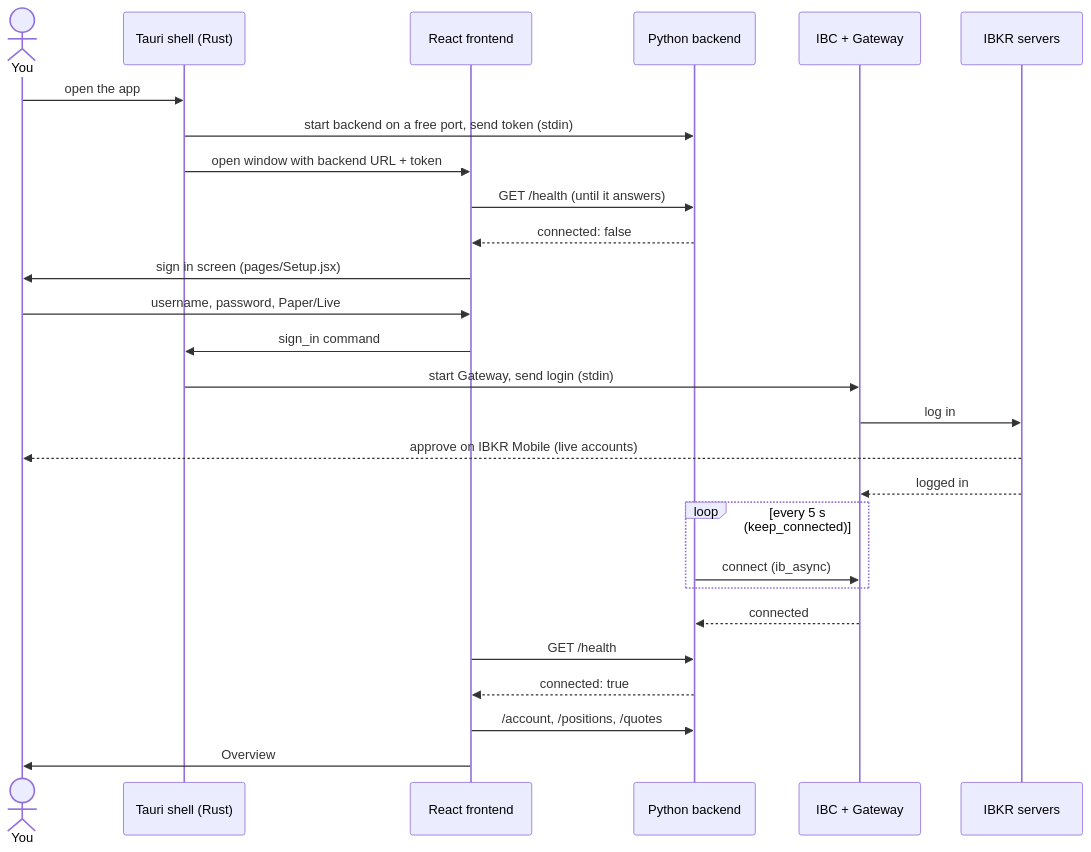
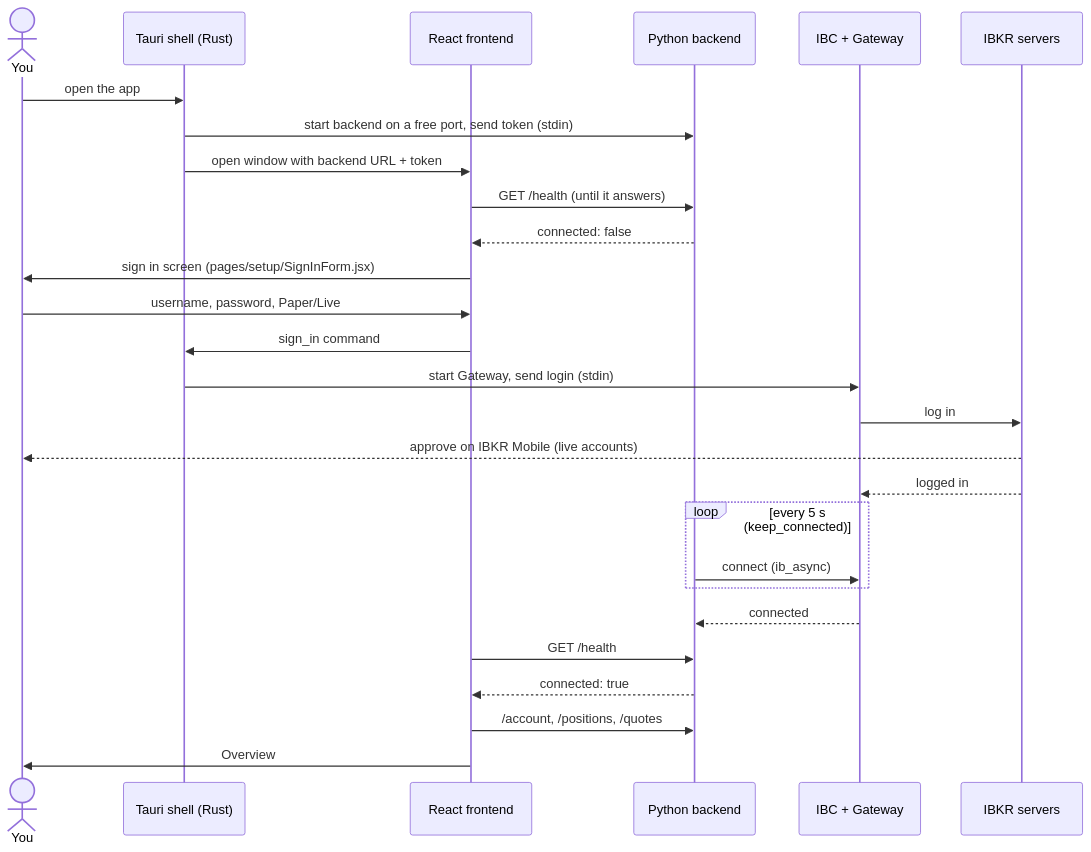
Before and after one commit to Indomie-glitch/ibkr-portfolio-manager: the sixth of 11 diagrams in docs/architecture.md, drawn with Mermaid. The commit also changed other lines of this file and 11 other files, not shown here.

Commit message:
refactor: split Setup.jsx into one file per screen

````diff
--- a/docs/architecture.md
+++ b/docs/architecture.md
@@ -222,30 +222,30 @@
 ```mermaid
 sequenceDiagram
     actor You
     participant Rust as Tauri shell (Rust)
     participant UI as React frontend
     participant BE as Python backend
     participant IBC as IBC + Gateway
     participant IBKR as IBKR servers
 
     You->>Rust: open the app
     Rust->>BE: start backend on a free port, send token (stdin)
     Rust->>UI: open window with backend URL + token
     UI->>BE: GET /health (until it answers)
     BE-->>UI: connected: false
-    UI->>You: sign in screen (pages/Setup.jsx)
+    UI->>You: sign in screen (pages/setup/SignInForm.jsx)
     You->>UI: username, password, Paper/Live
     UI->>Rust: sign_in command
     Rust->>IBC: start Gateway, send login (stdin)
     IBC->>IBKR: log in
     IBKR-->>You: approve on IBKR Mobile (live accounts)
     IBKR-->>IBC: logged in
     loop every 5 s (keep_connected)
         BE->>IBC: connect (ib_async)
     end
     IBC-->>BE: connected
     UI->>BE: GET /health
     BE-->>UI: connected: true
     UI->>BE: /account, /positions, /quotes
     UI->>You: Overview
 ```
````
